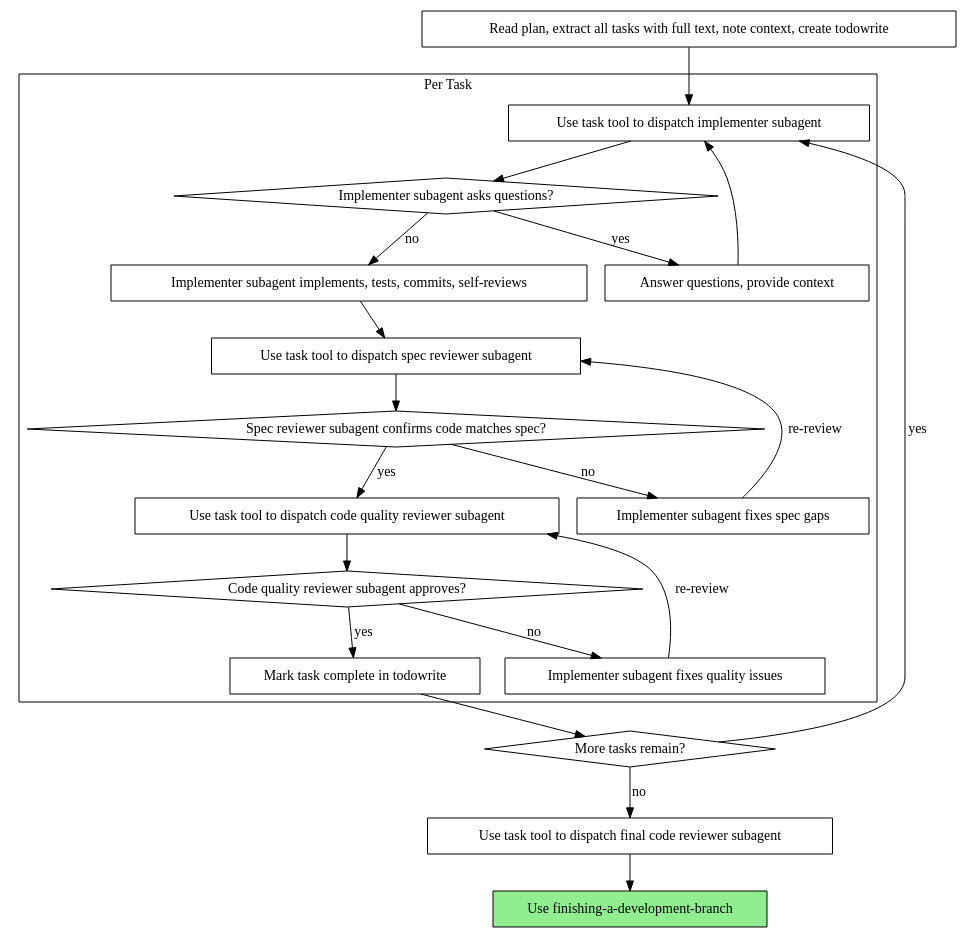
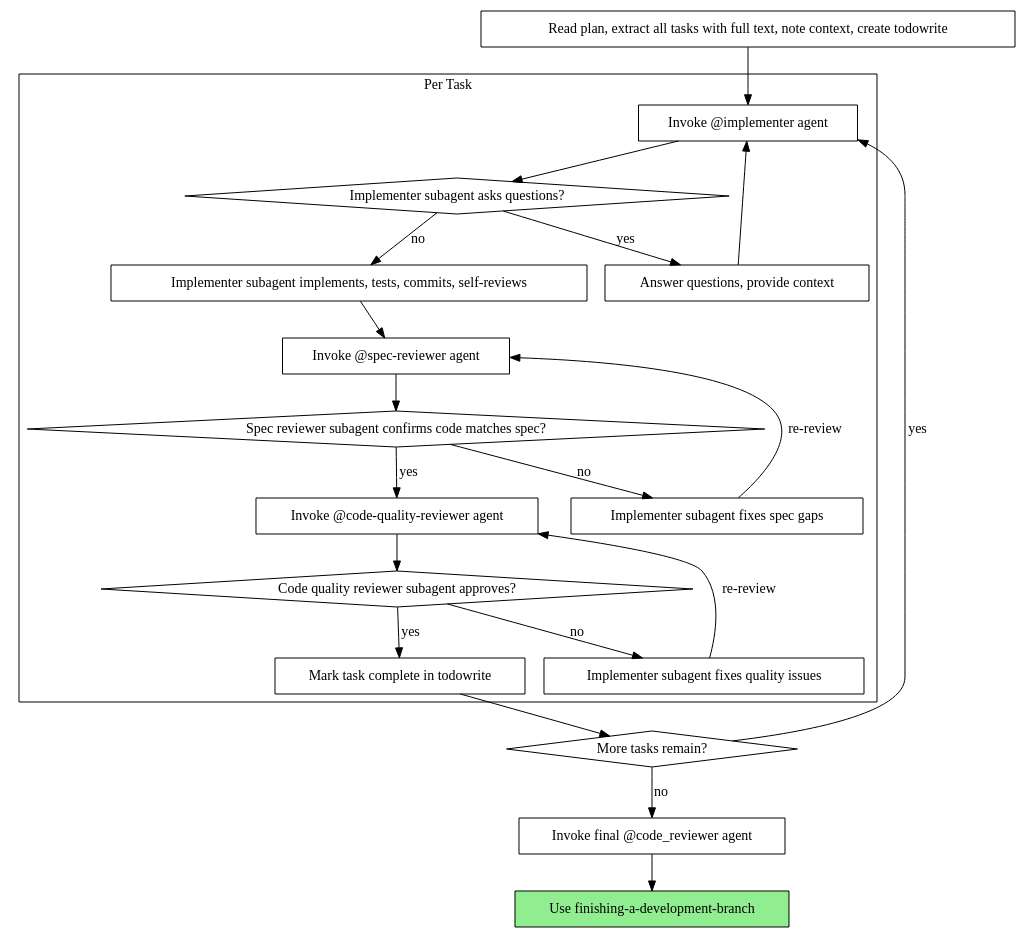
One commit to apenlor/opencode-expert-mode changed the second of 2 diagrams in skills/subagent-driven-development/SKILL.md. Above: the diagram before and after it, drawn with Graphviz. The commit also changed other lines of this file and 9 other files, not shown here.

Commit message:
feat: Implement subagent-driven-development workflow

````diff
--- a/skills/subagent-driven-development/SKILL.md
+++ b/skills/subagent-driven-development/SKILL.md
@@ -40,44 +45,44 @@
 ```dot
 digraph process {
     rankdir=TB;
 
     subgraph cluster_per_task {
         label="Per Task";
-        "Use task tool to dispatch implementer subagent" [shape=box];
+        "Invoke @implementer agent" [shape=box];
         "Implementer subagent asks questions?" [shape=diamond];
         "Answer questions, provide context" [shape=box];
         "Implementer subagent implements, tests, commits, self-reviews" [shape=box];
-        "Use task tool to dispatch spec reviewer subagent" [shape=box];
+        "Invoke @spec-reviewer agent" [shape=box];
         "Spec reviewer subagent confirms code matches spec?" [shape=diamond];
         "Implementer subagent fixes spec gaps" [shape=box];
-        "Use task tool to dispatch code quality reviewer subagent" [shape=box];
+        "Invoke @code-quality-reviewer agent" [shape=box];
         "Code quality reviewer subagent approves?" [shape=diamond];
         "Implementer subagent fixes quality issues" [shape=box];
         "Mark task complete in todowrite" [shape=box];
     }
 
     "Read plan, extract all tasks with full text, note context, create todowrite" [shape=box];
     "More tasks remain?" [shape=diamond];
-    "Use task tool to dispatch final code reviewer subagent" [shape=box];
+    "Invoke final @code_reviewer agent" [shape=box];
     "Use finishing-a-development-branch" [shape=box style=filled fillcolor=lightgreen];
 
-    "Read plan, extract all tasks with full text, note context, create todowrite" -> "Use task tool to dispatch implementer subagent";
-    "Use task tool to dispatch implementer subagent" -> "Implementer subagent asks questions?";
+    "Read plan, extract all tasks with full text, note context, create todowrite" -> "Invoke @implementer agent";
+    "Invoke @implementer agent" -> "Implementer subagent asks questions?";
     "Implementer subagent asks questions?" -> "Answer questions, provide context" [label="yes"];
-    "Answer questions, provide context" -> "Use task tool to dispatch implementer subagent";
+    "Answer questions, provide context" -> "Invoke @implementer agent";
     "Implementer subagent asks questions?" -> "Implementer subagent implements, tests, commits, self-reviews" [label="no"];
-    "Implementer subagent implements, tests, commits, self-reviews" -> "Use task tool to dispatch spec reviewer subagent";
-    "Use task tool to dispatch spec reviewer subagent" -> "Spec reviewer subagent confirms code matches spec?";
+    "Implementer subagent implements, tests, commits, self-reviews" -> "Invoke @spec-reviewer agent";
+    "Invoke @spec-reviewer agent" -> "Spec reviewer subagent confirms code matches spec?";
     "Spec reviewer subagent confirms code matches spec?" -> "Implementer subagent fixes spec gaps" [label="no"];
-    "Implementer subagent fixes spec gaps" -> "Use task tool to dispatch spec reviewer subagent" [label="re-review"];
-    "Spec reviewer subagent confirms code matches spec?" -> "Use task tool to dispatch code quality reviewer subagent" [label="yes"];
-    "Use task tool to dispatch code quality reviewer subagent" -> "Code quality reviewer subagent approves?";
+    "Implementer subagent fixes spec gaps" -> "Invoke @spec-reviewer agent" [label="re-review"];
+    "Spec reviewer subagent confirms code matches spec?" -> "Invoke @code-quality-reviewer agent" [label="yes"];
+    "Invoke @code-quality-reviewer agent" -> "Code quality reviewer subagent approves?";
     "Code quality reviewer subagent approves?" -> "Implementer subagent fixes quality issues" [label="no"];
-    "Implementer subagent fixes quality issues" -> "Use task tool to dispatch code quality reviewer subagent" [label="re-review"];
+    "Implementer subagent fixes quality issues" -> "Invoke @code-quality-reviewer agent" [label="re-review"];
     "Code quality reviewer subagent approves?" -> "Mark task complete in todowrite" [label="yes"];
     "Mark task complete in todowrite" -> "More tasks remain?";
-    "More tasks remain?" -> "Use task tool to dispatch implementer subagent" [label="yes"];
-    "More tasks remain?" -> "Use task tool to dispatch final code reviewer subagent" [label="no"];
-    "Use task tool to dispatch final code reviewer subagent" -> "Use finishing-a-development-branch";
+    "More tasks remain?" -> "Invoke @implementer agent" [label="yes"];
+    "More tasks remain?" -> "Invoke final @code_reviewer agent" [label="no"];
+    "Invoke final @code_reviewer agent" -> "Use finishing-a-development-branch";
 }
 ```
````
